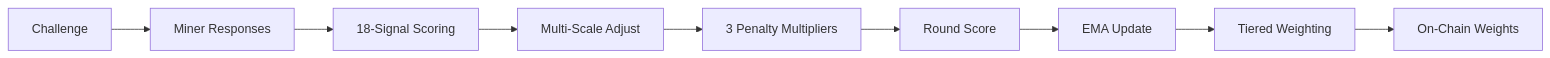
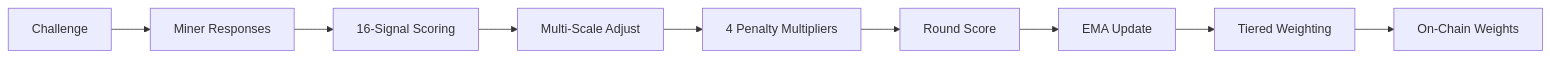
One commit to borgg-dev/tuneforge changed the second of 2 diagrams in README.md. Above: the diagram before and after it, drawn with Mermaid. The commit also changed other lines of this file and 4 other files, not shown here.

````diff
--- a/README.md
+++ b/README.md
@@ -242,11 +242,11 @@
 ```mermaid
 graph LR
     A[Challenge] --> B[Miner Responses]
-    B --> C[18-Signal Scoring]
+    B --> C[16-Signal Scoring]
     C --> D[Multi-Scale Adjust]
-    D --> E[3 Penalty Multipliers]
+    D --> E[4 Penalty Multipliers]
     E --> F[Round Score]
     F --> G[EMA Update]
     G --> H[Tiered Weighting]
     H --> I[On-Chain Weights]
 ```
````
